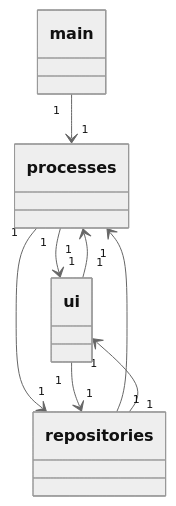
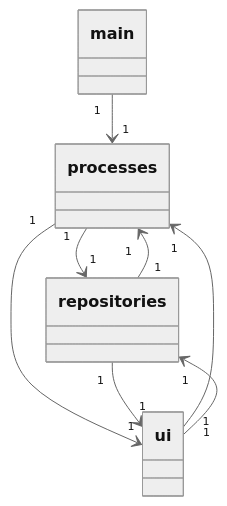
One commit to platipus82/ot-harjoitustyo changed the first of 3 diagrams in dokumentaatio/arkkitehtuuri.MD. Above: the diagram before and after it, drawn with Mermaid (neutral theme). The commit also changed other lines of this file, not shown here.

````diff
--- a/dokumentaatio/arkkitehtuuri.MD
+++ b/dokumentaatio/arkkitehtuuri.MD
@@ -8,26 +8,26 @@
 ```mermaid
 classDiagram
     main "1" --> "1" processes 
+    processes "1" --> "1" repositories 
+    repositories "1" --> "1" processes 
     ui "1" --> "1" processes 
     processes "1" --> "1" ui 
-    processes "1" --> "1" repositories 
-    repositories "1" --> "1" processes 
     ui "1" --> "1" repositories 
     repositories "1" --> "1" ui 
 
     class processes{
     
     }
     
     class repositories{ 
     
     }
     
     class ui{ 
     
     }
     
     class main{ 
     
     }
 ```
````
